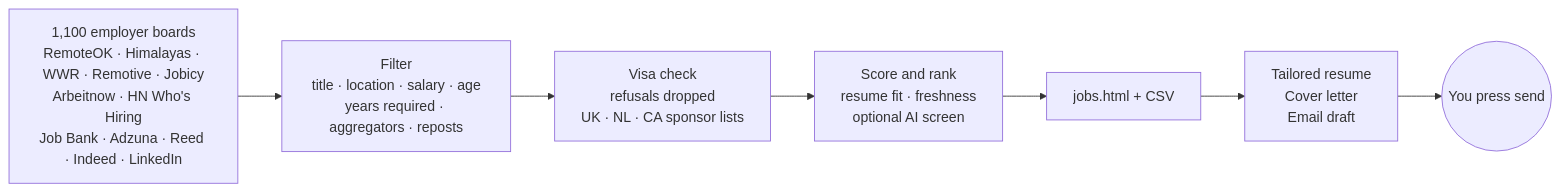
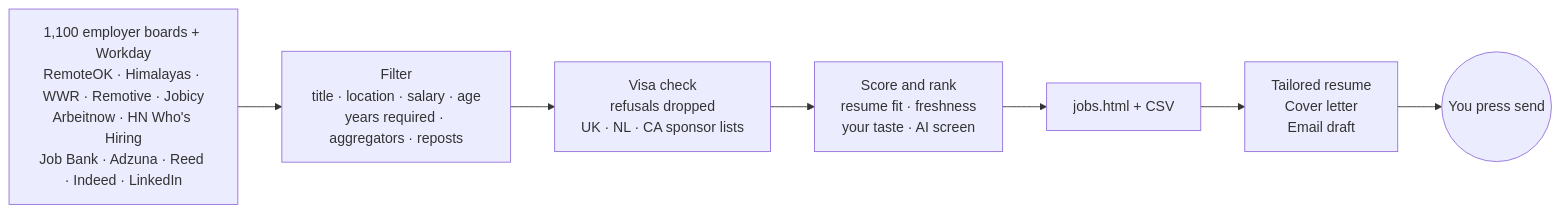
Before and after one commit to anirudhprashant/huntline: the diagram in README.md, drawn with Mermaid. The commit also changed other lines of this file and 16 other files, not shown here.

````diff
--- a/README.md
+++ b/README.md
@@ -130,9 +136,9 @@
 ```mermaid
 flowchart LR
-  A["1,100 employer boards<br/>RemoteOK · Himalayas · WWR · Remotive · Jobicy<br/>Arbeitnow · HN Who's Hiring<br/>Job Bank · Adzuna · Reed · Indeed · LinkedIn"] --> B["Filter<br/>title · location · salary · age<br/>years required · aggregators · reposts"]
+  A["1,100 employer boards + Workday<br/>RemoteOK · Himalayas · WWR · Remotive · Jobicy<br/>Arbeitnow · HN Who's Hiring<br/>Job Bank · Adzuna · Reed · Indeed · LinkedIn"] --> B["Filter<br/>title · location · salary · age<br/>years required · aggregators · reposts"]
   B --> C["Visa check<br/>refusals dropped<br/>UK · NL · CA sponsor lists"]
-  C --> D["Score and rank<br/>resume fit · freshness<br/>optional AI screen"]
+  C --> D["Score and rank<br/>resume fit · freshness<br/>your taste · AI screen"]
   D --> E["jobs.html + CSV"]
   E --> F["Tailored resume<br/>Cover letter<br/>Email draft"]
   F --> G(("You press send"))
 ```
````
